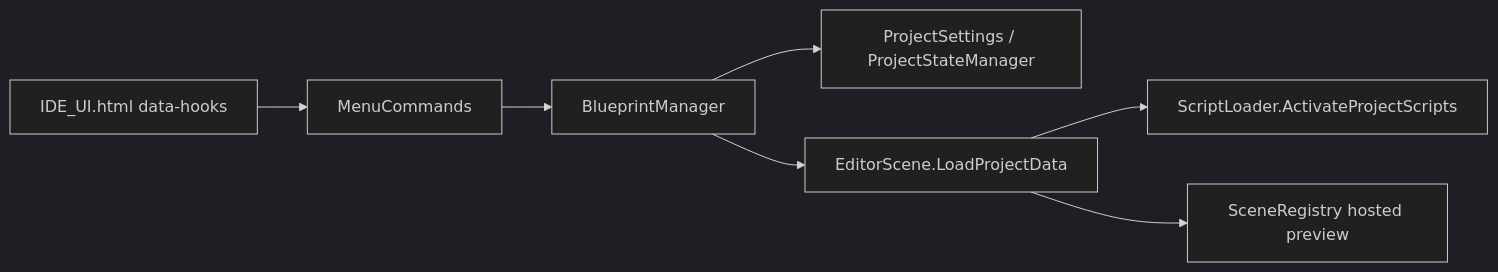
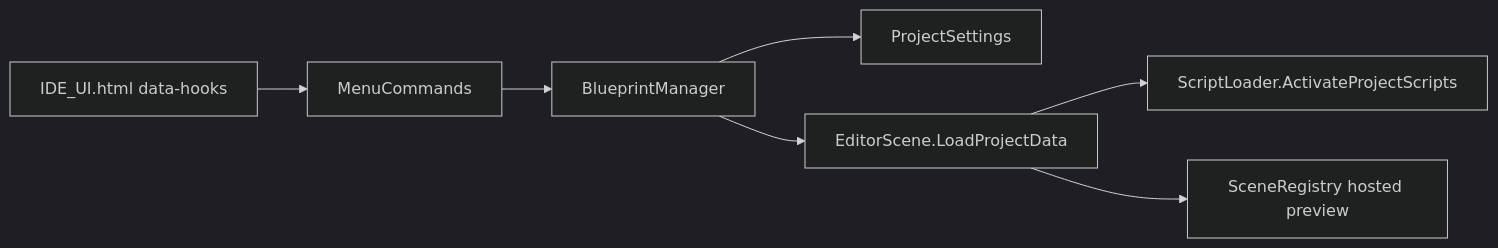
One commit to ireakhavok/Castle changed the second of 5 diagrams in docs/IDE.md. Above: the diagram before and after it, drawn with Mermaid. The commit also changed other lines of this file and 6 other files, not shown here.

````diff
--- a/docs/IDE.md
+++ b/docs/IDE.md
@@ -44,10 +44,10 @@
 ```mermaid
 %%{init: {'theme':'dark'}}%%
 flowchart LR
   Menu[IDE_UI.html data-hooks] --> MC[MenuCommands]
   MC --> BM[BlueprintManager]
-  BM --> KS[ProjectSettings / ProjectStateManager]
+  BM --> KS[ProjectSettings]
   BM --> ES[EditorScene.LoadProjectData]
   ES --> SL[ScriptLoader.ActivateProjectScripts]
   ES --> Host[SceneRegistry hosted preview]
 ```
````
